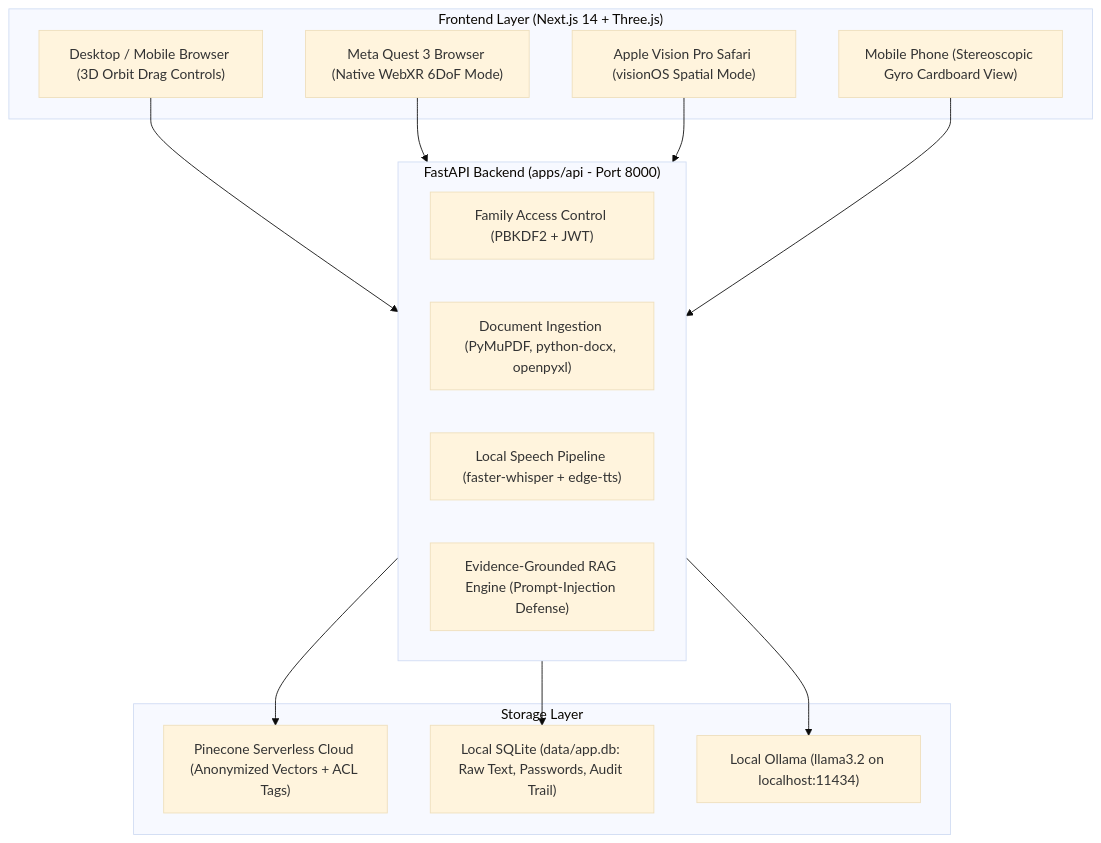
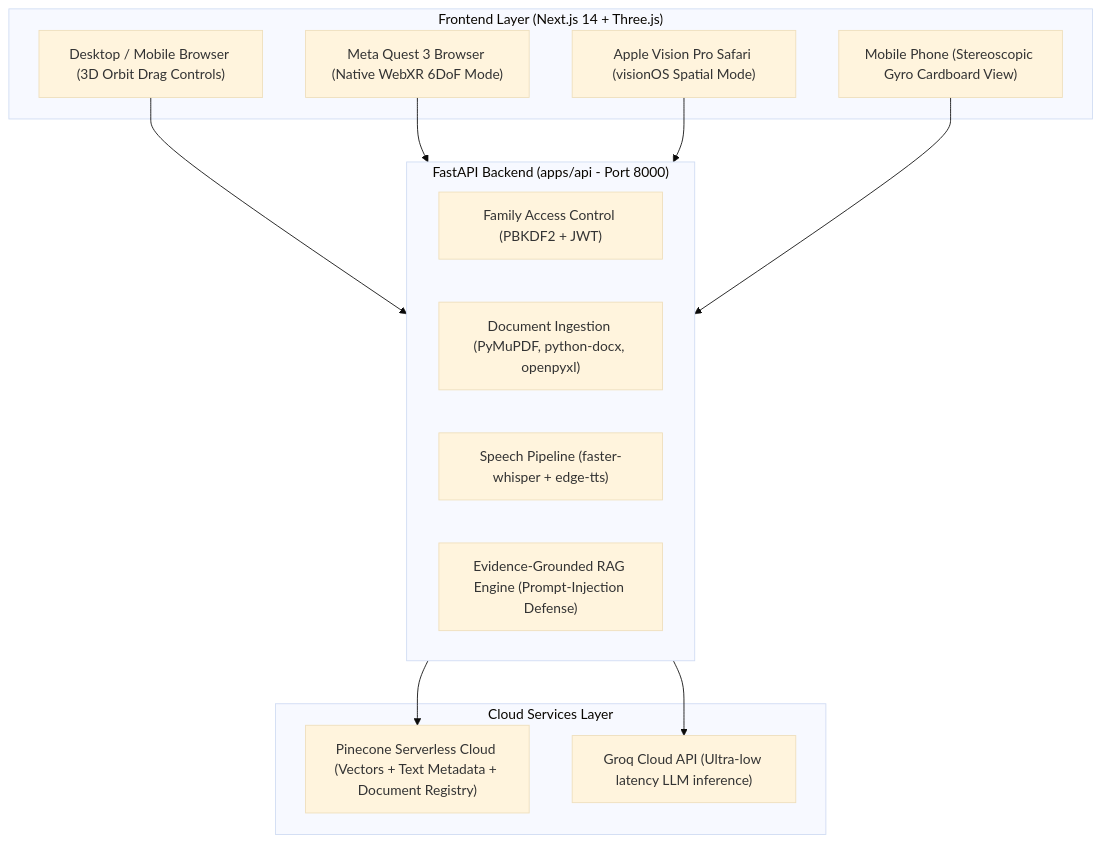
Before and after one commit to Ankushk-aosc/vr-rag-v2: the diagram in docs/runbook.md, drawn with Mermaid (base theme). The commit also changed other lines of this file and 23 other files, not shown here.

Commit message:
feat: migrate to Groq Cloud & Pinecone Serverless with real-time voice input and dialogue mic

````diff
--- a/docs/runbook.md
+++ b/docs/runbook.md
@@ -13,31 +13,29 @@
 ```mermaid
 flowchart TD
     subgraph CLIENTS["Frontend Layer (Next.js 14 + Three.js)"]
         WEB["Desktop / Mobile Browser (3D Orbit Drag Controls)"]
         QUEST["Meta Quest 3 Browser (Native WebXR 6DoF Mode)"]
         VISION["Apple Vision Pro Safari (visionOS Spatial Mode)"]
         CARDBOARD["Mobile Phone (Stereoscopic Gyro Cardboard View)"]
     end
 
     subgraph BACKEND["FastAPI Backend (apps/api - Port 8000)"]
         AUTH["Family Access Control (PBKDF2 + JWT)"]
         INGEST["Document Ingestion (PyMuPDF, python-docx, openpyxl)"]
-        VOICE["Local Speech Pipeline (faster-whisper + edge-tts)"]
+        VOICE["Speech Pipeline (faster-whisper + edge-tts)"]
         RAG["Evidence-Grounded RAG Engine (Prompt-Injection Defense)"]
     end
 
-    subgraph STORAGE["Storage Layer"]
-        PINE["Pinecone Serverless Cloud (Anonymized Vectors + ACL Tags)"]
-        SQL["Local SQLite (data/app.db: Raw Text, Passwords, Audit Trail)"]
-        LOCAL_LLM["Local Ollama (llama3.2 on localhost:11434)"]
+    subgraph STORAGE["Cloud Services Layer"]
+        PINE["Pinecone Serverless Cloud (Vectors + Text Metadata + Document Registry)"]
+        GROQ_LLM["Groq Cloud API (Ultra-low latency LLM inference)"]
     end
 
     WEB --> BACKEND
     QUEST --> BACKEND
     VISION --> BACKEND
     CARDBOARD --> BACKEND
 
     BACKEND --> PINE
-    BACKEND --> SQL
-    BACKEND --> LOCAL_LLM
+    BACKEND --> GROQ_LLM
 ```
````
